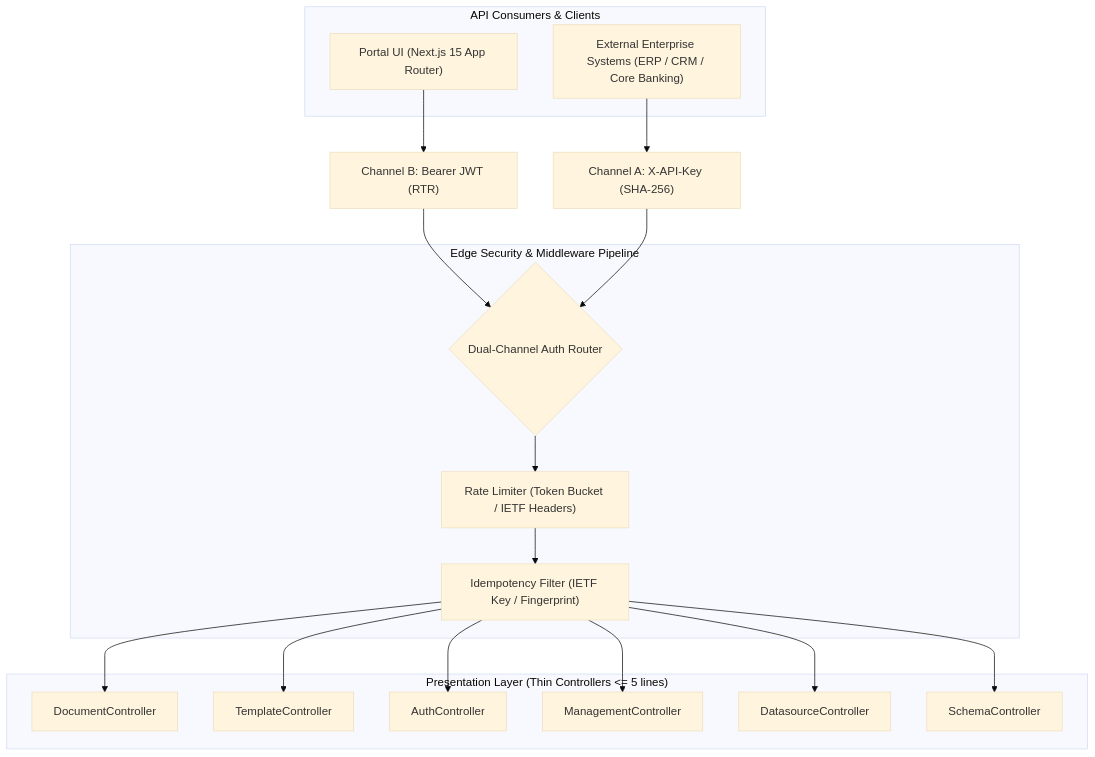
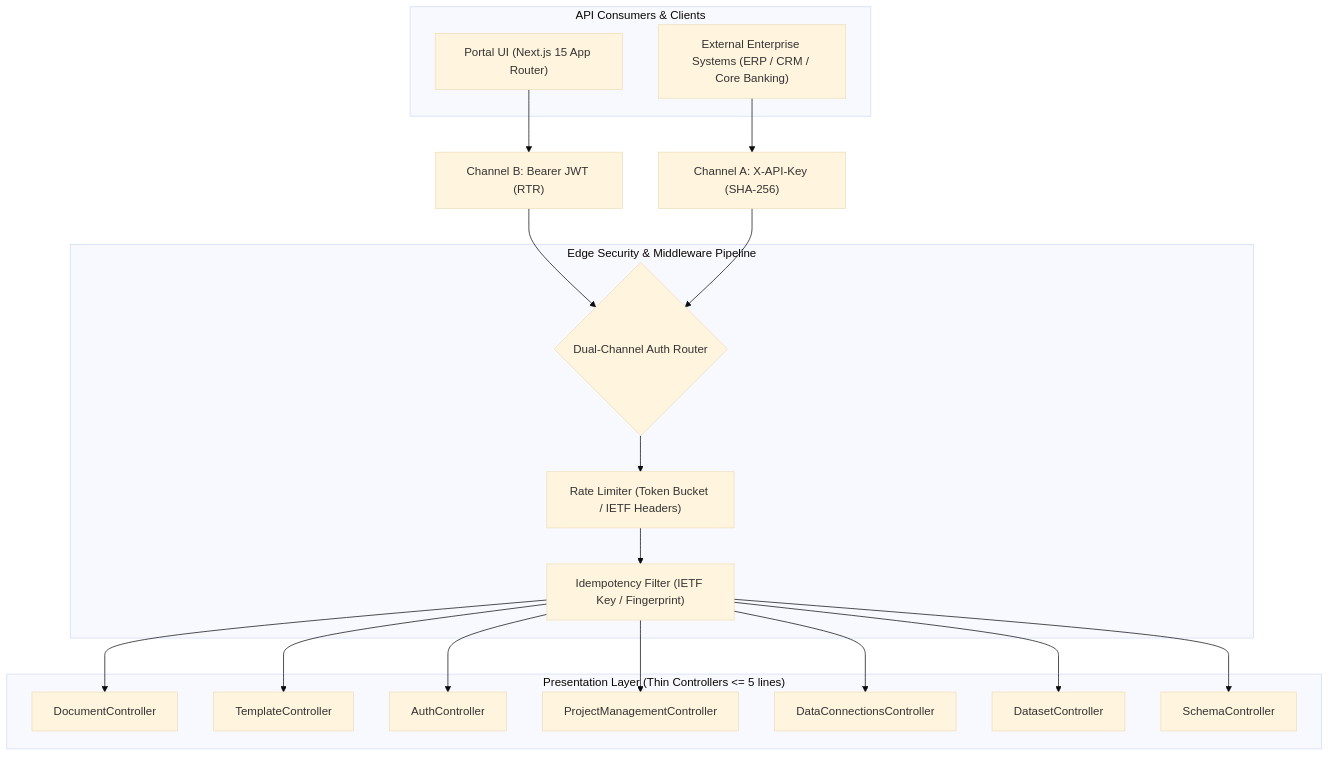
The diagram in docs/AI/API_CONTRACT.md (suang05/doc_template), drawn with Mermaid (base theme) before and after one commit. The commit also changed other lines of this file and 6 other files, not shown here.

````diff
--- a/docs/AI/API_CONTRACT.md
+++ b/docs/AI/API_CONTRACT.md
@@ -22,41 +146,43 @@
 ```mermaid
 graph TD
     subgraph Consumers["API Consumers & Clients"]
         UI["Portal UI (Next.js 15 App Router)"]
         ERP["External Enterprise Systems (ERP / CRM / Core Banking)"]
     end
 
     JWT["Channel B: Bearer JWT (RTR)"]
     APIKey["Channel A: X-API-Key (SHA-256)"]
 
     UI --> JWT
     ERP --> APIKey
 
     subgraph Edge["Edge Security & Middleware Pipeline"]
         Router{"Dual-Channel Auth Router"}
         RateLimit["Rate Limiter (Token Bucket / IETF Headers)"]
         Idempotency["Idempotency Filter (IETF Key / Fingerprint)"]
         
         Router --> RateLimit
         RateLimit --> Idempotency
     end
 
     JWT --> Router
     APIKey --> Router
 
     subgraph Presentation["Presentation Layer (Thin Controllers <= 5 lines)"]
         DocCtrl["DocumentController"]
         TempCtrl["TemplateController"]
         AuthCtrl["AuthController"]
-        MgmtCtrl["ManagementController"]
-        DataCtrl["DatasourceController"]
+        MgmtCtrl["ProjectManagementController"]
+        DataCtrl["DataConnectionsController"]
+        DatasetCtrl["DatasetController"]
         SchemaCtrl["SchemaController"]
     end
 
     Idempotency --> DocCtrl
     Idempotency --> TempCtrl
     Idempotency --> AuthCtrl
     Idempotency --> MgmtCtrl
     Idempotency --> DataCtrl
+    Idempotency --> DatasetCtrl
     Idempotency --> SchemaCtrl
 ```
````
